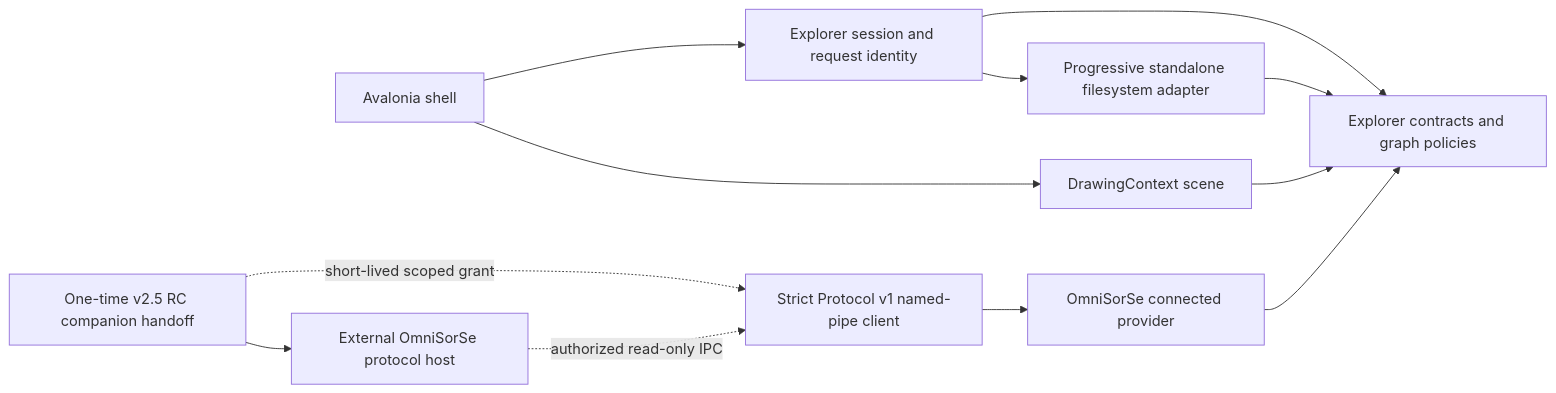
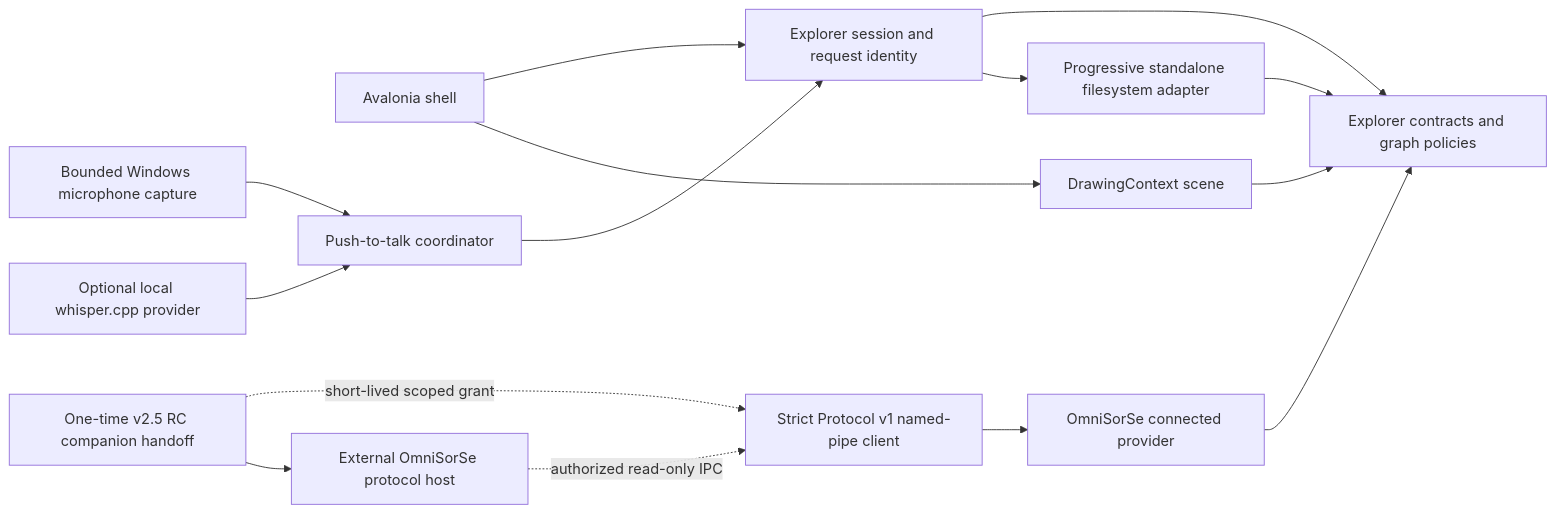
Before and after one commit to nishdel/OmniBrille: the diagram in docs/architecture.md, drawn with Mermaid. The commit also changed other lines of this file and 27 other files, not shown here.

Commit message:
Package and document optional local voice

````diff
--- a/docs/architecture.md
+++ b/docs/architecture.md
@@ -9,14 +9,17 @@
 ```mermaid
 flowchart LR
     Shell[Avalonia shell] --> Session[Explorer session and request identity]
     Session --> Core[Explorer contracts and graph policies]
     Shell --> Renderer[DrawingContext scene]
     Renderer --> Core
     FS[Progressive standalone filesystem adapter] --> Core
     Session --> FS
     Connected[OmniSorSe connected provider] --> Core
     Client[Strict Protocol v1 named-pipe client] --> Connected
     Handoff[One-time v2.5 RC companion handoff] -. short-lived scoped grant .-> Client
     Host[External OmniSorSe protocol host] -. authorized read-only IPC .-> Client
     Handoff --> Host
+    Voice[Push-to-talk coordinator] --> Session
+    Capture[Bounded Windows microphone capture] --> Voice
+    Speech[Optional local whisper.cpp provider] --> Voice
 ```
````
